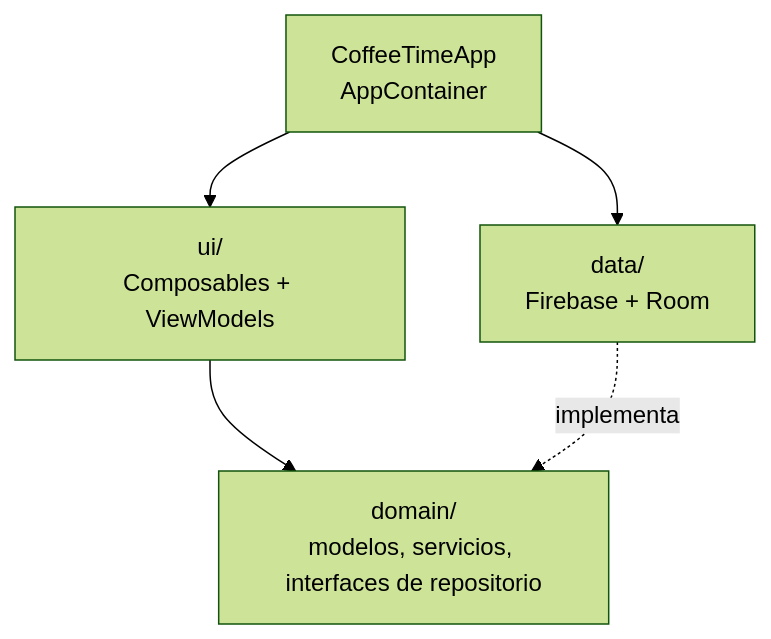
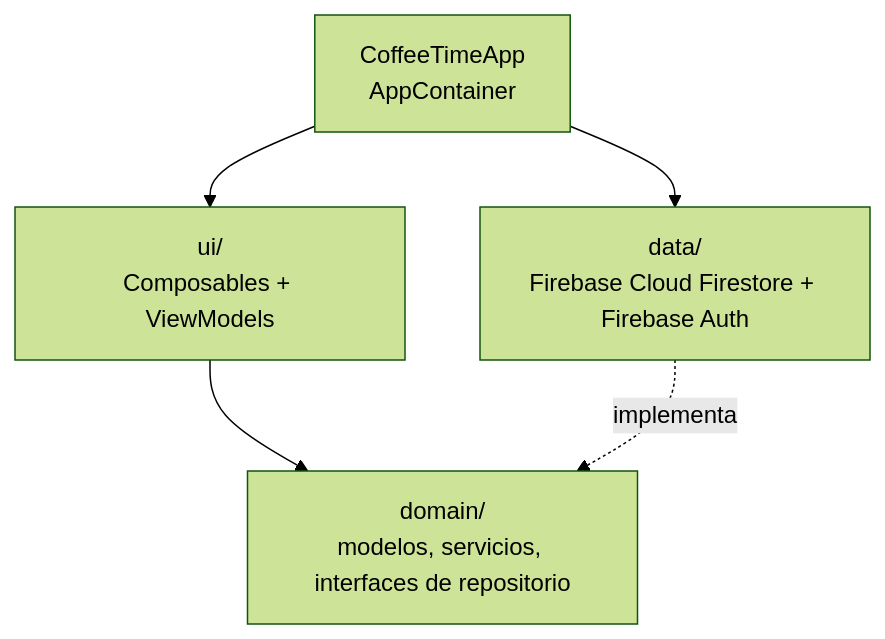
The diagram in README.md (CesarGonzalez2601/coffee-time), drawn with Mermaid (forest theme) before and after one commit. The commit also changed other lines of this file and 2 other files, not shown here.

````diff
--- a/README.md
+++ b/README.md
@@ -89,7 +89,7 @@
 ```mermaid
 flowchart TD
     UI["ui/<br/>Composables + ViewModels"] --> Domain["domain/<br/>modelos, servicios, interfaces de repositorio"]
-    Data["data/<br/>Firebase + Room"] -. implementa .-> Domain
+    Data["data/<br/>Firebase Cloud Firestore + Firebase Auth"] -. implementa .-> Domain
     App["CoffeeTimeApp<br/>AppContainer"] --> UI
     App --> Data
 ```
````
